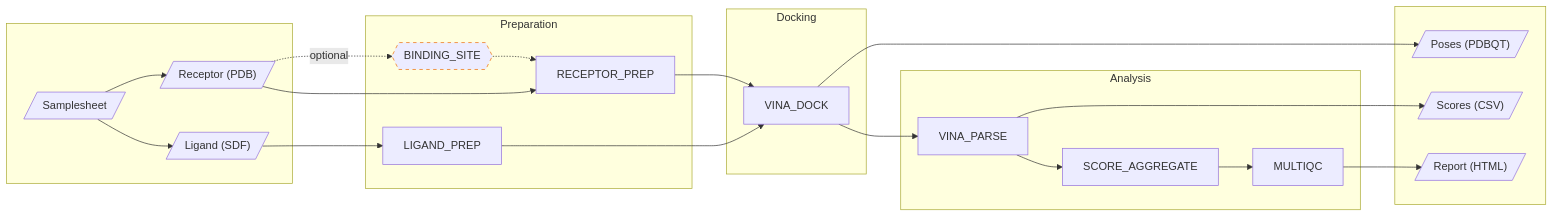
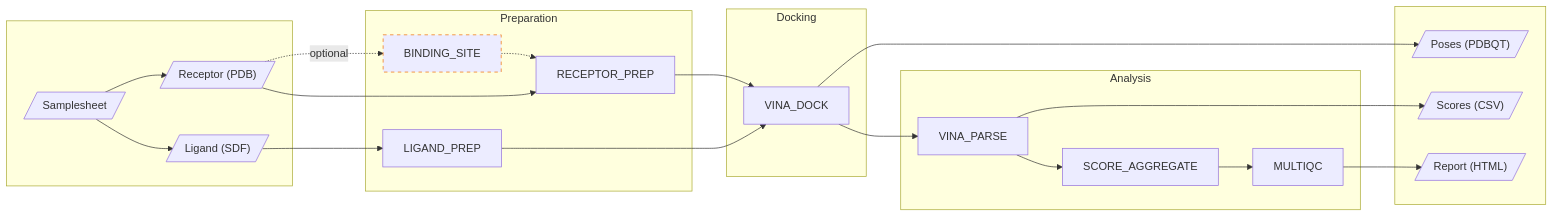
The diagram in README.md (pritampanda15/nf-core-vina), drawn with Mermaid before and after one commit. The commit also changed 2 other files, not shown here.

Commit message:
linting_passed

````diff
--- a/README.md
+++ b/README.md
@@ -63,42 +63,42 @@
 ```mermaid
 flowchart LR
     subgraph Input[" "]
         A[/"Samplesheet"/]
         B[/"Receptor (PDB)"/]
         C[/"Ligand (SDF)"/]
     end
 
     subgraph Prep["Preparation"]
-        D{{"BINDING_SITE"}}
+        D["BINDING_SITE"]
         E["RECEPTOR_PREP"]
         F["LIGAND_PREP"]
     end
 
     subgraph Dock["Docking"]
         G["VINA_DOCK"]
     end
 
     subgraph Analysis["Analysis"]
         H["VINA_PARSE"]
         I["SCORE_AGGREGATE"]
         J["MULTIQC"]
     end
 
     subgraph Output[" "]
         K[/"Poses (PDBQT)"/]
         L[/"Scores (CSV)"/]
         M[/"Report (HTML)"/]
     end
 
     A --> B & C
     B -.->|optional| D
     D -.-> E
     B --> E
     C --> F
     E & F --> G
     G --> H & K
     H --> I & L
     I --> J --> M
 
     style D stroke:#ef6c00,stroke-dasharray: 5 5
 ```
````
